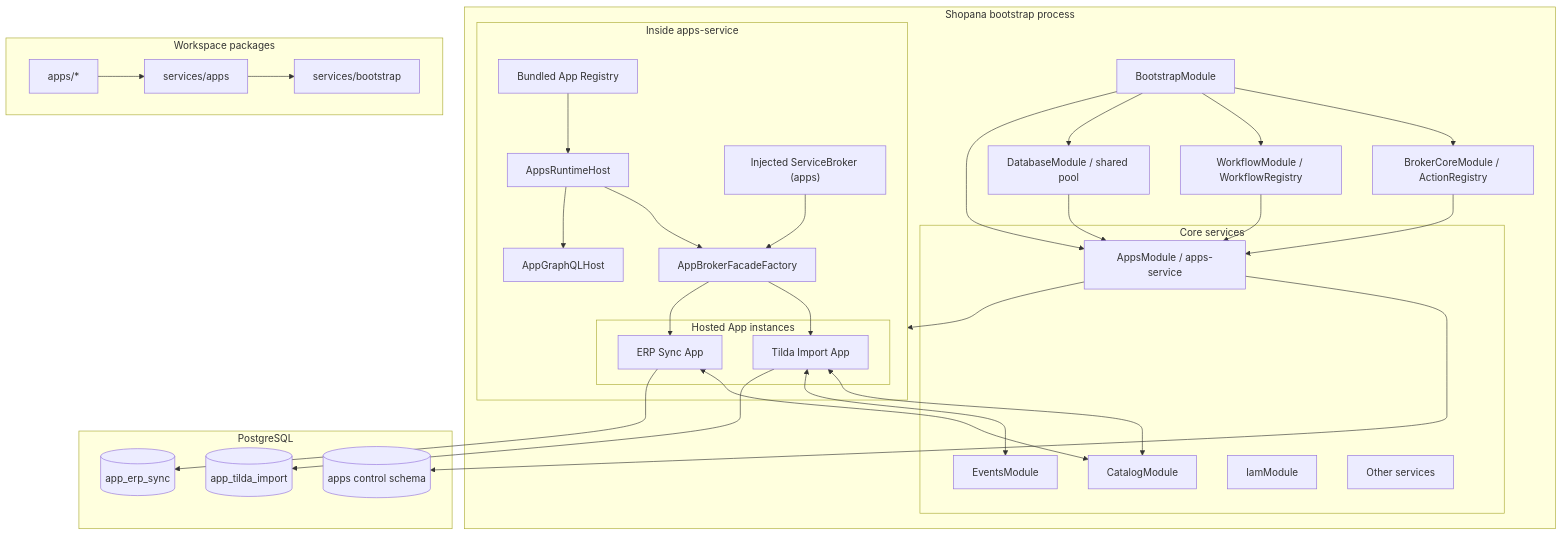
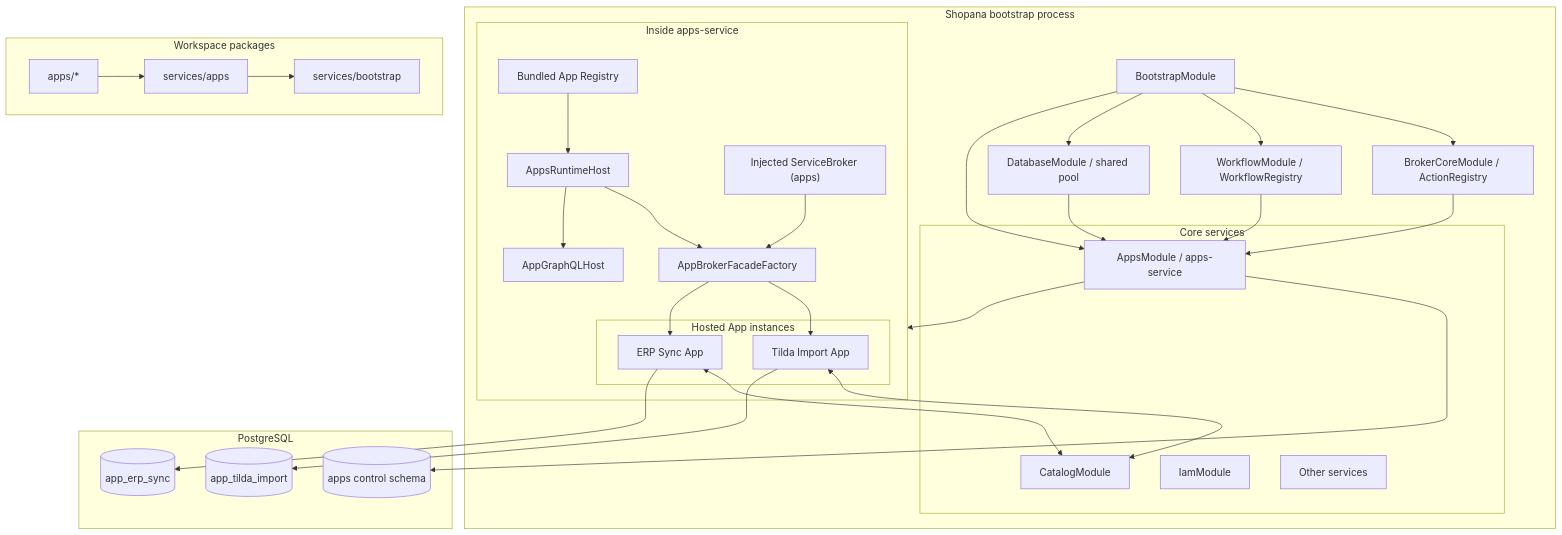
The first of 2 diagrams in docs/apps-platform-architecture.ru.md (shopanaio/services), drawn with Mermaid before and after one commit. The commit also changed other lines of this file, not shown here.

Commit message:
Remove event handler routing from Apps platform architecture

````diff
--- a/docs/apps-platform-architecture.ru.md
+++ b/docs/apps-platform-architecture.ru.md
@@ -531,67 +516,65 @@
 ```mermaid
 flowchart TB
   subgraph BootstrapProcess["Shopana bootstrap process"]
     Bootstrap["BootstrapModule"]
     BrokerCore["BrokerCoreModule / ActionRegistry"]
     WorkflowCore["WorkflowModule / WorkflowRegistry"]
     Database["DatabaseModule / shared pool"]
 
     subgraph CoreServices["Core services"]
       AppsService["AppsModule / apps-service"]
       Catalog["CatalogModule"]
-      Events["EventsModule"]
       IAM["IamModule"]
       Other["Other services"]
     end
 
     subgraph AppsHost["Inside apps-service"]
       Registry["Bundled App Registry"]
       RuntimeHost["AppsRuntimeHost"]
       AppsBroker["Injected ServiceBroker (apps)"]
       BrokerFactory["AppBrokerFacadeFactory"]
       GraphQLHost["AppGraphQLHost"]
 
       subgraph HostedApps["Hosted App instances"]
         Tilda["Tilda Import App"]
         ERP["ERP Sync App"]
       end
 
       Registry --> RuntimeHost
       RuntimeHost --> BrokerFactory
       AppsBroker --> BrokerFactory
       RuntimeHost --> GraphQLHost
       BrokerFactory --> Tilda
       BrokerFactory --> ERP
     end
 
     Bootstrap --> BrokerCore
     Bootstrap --> WorkflowCore
     Bootstrap --> Database
     Bootstrap --> AppsService
     BrokerCore --> AppsService
     WorkflowCore --> AppsService
     Database --> AppsService
     AppsService --> AppsHost
     Tilda <--> Catalog
-    Tilda <--> Events
     ERP <--> Catalog
   end
 
   subgraph Workspace["Workspace packages"]
     AppsDir["apps/*"]
     AppsCore["services/apps"]
     BootstrapPkg["services/bootstrap"]
     AppsDir --> AppsCore
     AppsCore --> BootstrapPkg
   end
 
   subgraph PostgreSQL["PostgreSQL"]
     AppsControl[("apps control schema")]
     TildaSchema[("app_tilda_import")]
     ERPSchema[("app_erp_sync")]
   end
 
   AppsService --> AppsControl
   Tilda --> TildaSchema
   ERP --> ERPSchema
 ```
````
